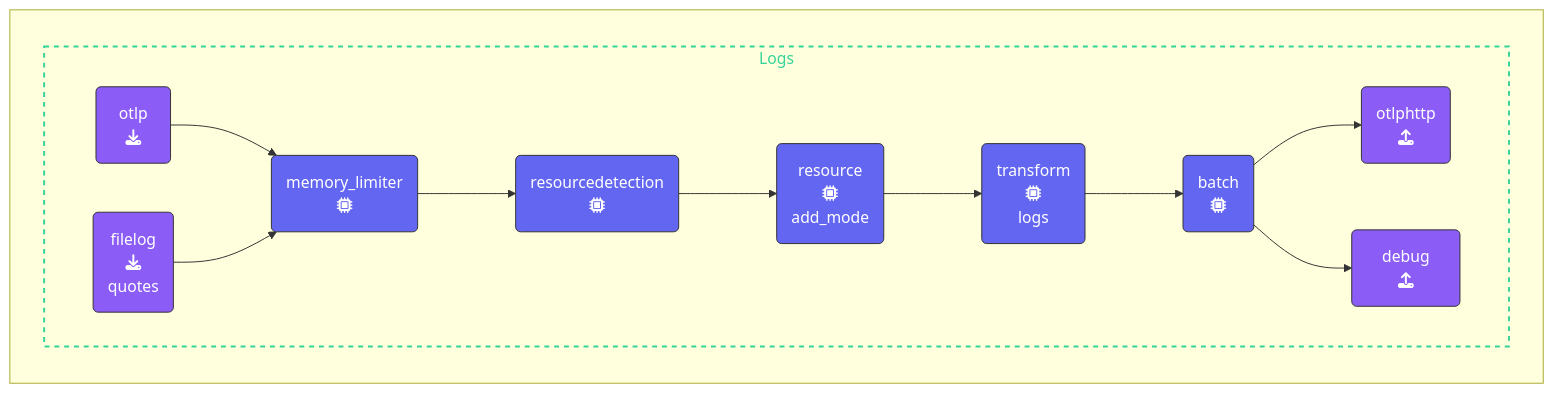
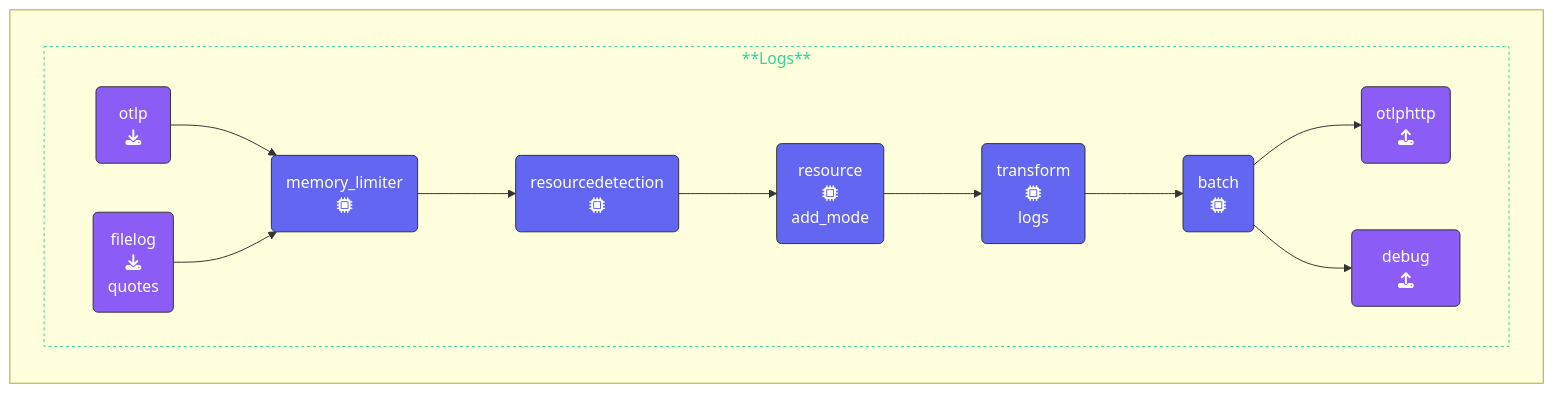
Before and after one commit to splunk/observability-workshop: the diagram in content/en/ninja-workshops/10-advanced-otel/7-transform-data/_index.md, drawn with Mermaid. The commit also changed 8 other files, not shown here.

Commit message:
Mermaid styling

````diff
--- a/content/en/ninja-workshops/10-advanced-otel/7-transform-data/_index.md
+++ b/content/en/ninja-workshops/10-advanced-otel/7-transform-data/_index.md
@@ -128,33 +128,33 @@
 ```mermaid
 %%{init:{"fontFamily":"monospace"}}%%
 graph LR
     %% Nodes
       REC1(&nbsp;&nbsp;otlp&nbsp;&nbsp;<br>fa:fa-download):::receiver
       REC2(filelog<br>fa:fa-download<br>quotes):::receiver
       PRO1(memory_limiter<br>fa:fa-microchip):::processor
       PRO2(resourcedetection<br>fa:fa-microchip):::processor
       PRO3(resource<br>fa:fa-microchip<br>add_mode):::processor
       PRO4(transform<br>fa:fa-microchip<br>logs):::processor
       PRO5(batch<br>fa:fa-microchip):::processor
       EXP1(otlphttp<br>fa:fa-upload):::exporter
       EXP2(&ensp;&ensp;debug&ensp;&ensp;<br>fa:fa-upload):::exporter
     %% Links
     subID1:::sub-logs
     subgraph " "
-      subgraph subID1[Logs]
+      subgraph subID1[**Logs**]
       direction LR
       REC1 --> PRO1
       REC2 --> PRO1
       PRO1 --> PRO2
       PRO2 --> PRO3
       PRO3 --> PRO4
       PRO4 --> PRO5
       PRO5 --> EXP1
       PRO5 --> EXP2
       end
     end
 classDef receiver,exporter fill:#8b5cf6,stroke:#333,stroke-width:1px,color:#fff;
 classDef processor fill:#6366f1,stroke:#333,stroke-width:1px,color:#fff;
 classDef con-receive,con-export fill:#45c175,stroke:#333,stroke-width:1px,color:#fff;
-classDef sub-logs stroke:#34d399,stroke-width:2px, color:#34d399,stroke-dasharray: 5 5;
+classDef sub-logs stroke:#34d399,stroke-width:1px, color:#34d399,stroke-dasharray: 3 3;
 ```
````
